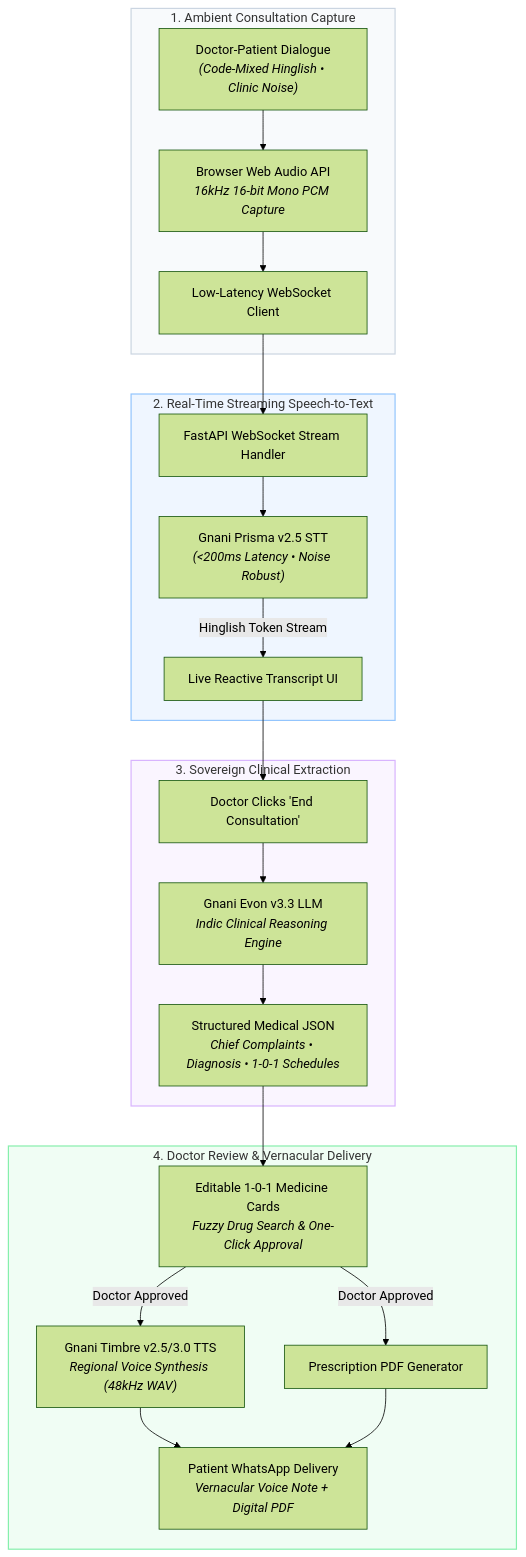
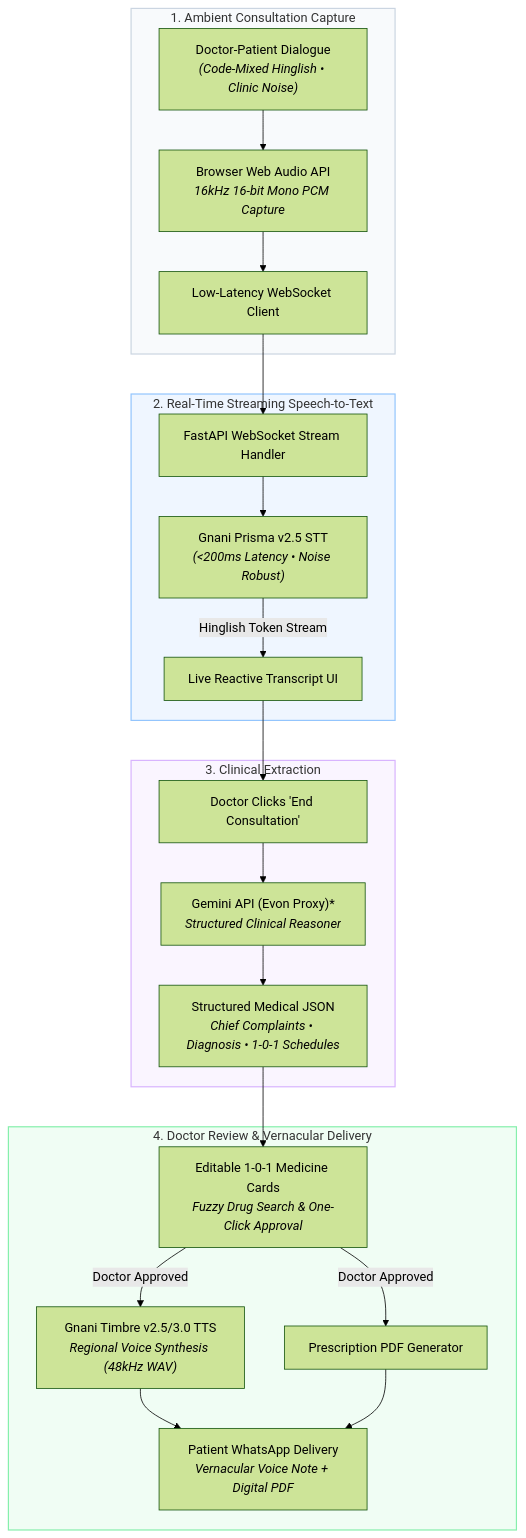
The first of 2 diagrams in README.md (Avinash01715/DocScribeAI), drawn with Mermaid (forest theme) before and after one commit. The commit also changed other lines of this file and 27 other files, not shown here.

````diff
--- a/README.md
+++ b/README.md
@@ -45,39 +48,39 @@
 ```mermaid
 flowchart TD
     subgraph Step1 ["1. Ambient Consultation Capture"]
         Dialogue["Doctor-Patient Dialogue<br/><i>(Code-Mixed Hinglish • Clinic Noise)</i>"]
         Mic["Browser Web Audio API<br/><i>16kHz 16-bit Mono PCM Capture</i>"]
         WS["Low-Latency WebSocket Client"]
         Dialogue --> Mic --> WS
     end
 
     subgraph Step2 ["2. Real-Time Streaming Speech-to-Text"]
         FastAPI_WS["FastAPI WebSocket Stream Handler"]
         Prisma["Gnani Prisma v2.5 STT<br/><i>(&lt;200ms Latency • Noise Robust)</i>"]
         DoctorUI["Live Reactive Transcript UI"]
         WS --> FastAPI_WS --> Prisma
         Prisma -->|Hinglish Token Stream| DoctorUI
     end
 
-    subgraph Step3 ["3. Sovereign Clinical Extraction"]
+    subgraph Step3 ["3. Clinical Extraction"]
         EndBtn["Doctor Clicks 'End Consultation'"]
-        Evon["Gnani Evon v3.3 LLM<br/><i>Indic Clinical Reasoning Engine</i>"]
+        LLM["Gemini API (Evon Proxy)*<br/><i>Structured Clinical Reasoner</i>"]
         ClinicalJSON["Structured Medical JSON<br/><i>Chief Complaints • Diagnosis • 1-0-1 Schedules</i>"]
-        DoctorUI --> EndBtn --> Evon --> ClinicalJSON
+        DoctorUI --> EndBtn --> LLM --> ClinicalJSON
     end
 
     subgraph Step4 ["4. Doctor Review & Vernacular Delivery"]
         Cards["Editable 1-0-1 Medicine Cards<br/><i>Fuzzy Drug Search & One-Click Approval</i>"]
         Timbre["Gnani Timbre v2.5/3.0 TTS<br/><i>Regional Voice Synthesis (48kHz WAV)</i>"]
         PDF["Prescription PDF Generator"]
         WhatsApp["Patient WhatsApp Delivery<br/><i>Vernacular Voice Note + Digital PDF</i>"]
         ClinicalJSON --> Cards
         Cards -->|Doctor Approved| Timbre & PDF
         Timbre & PDF --> WhatsApp
     end
 
     style Step1 fill:#f8fafc,stroke:#cbd5e1,stroke-width:1.5px
     style Step2 fill:#eff6ff,stroke:#93c5fd,stroke-width:1.5px
     style Step3 fill:#faf5ff,stroke:#d8b4fe,stroke-width:1.5px
     style Step4 fill:#f0fdf4,stroke:#86efac,stroke-width:1.5px
 ```
````
